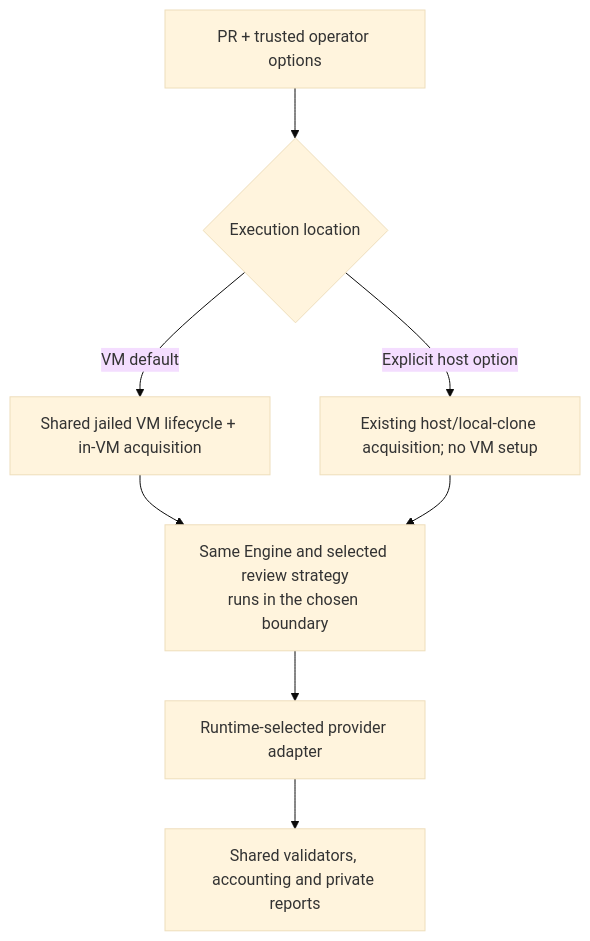
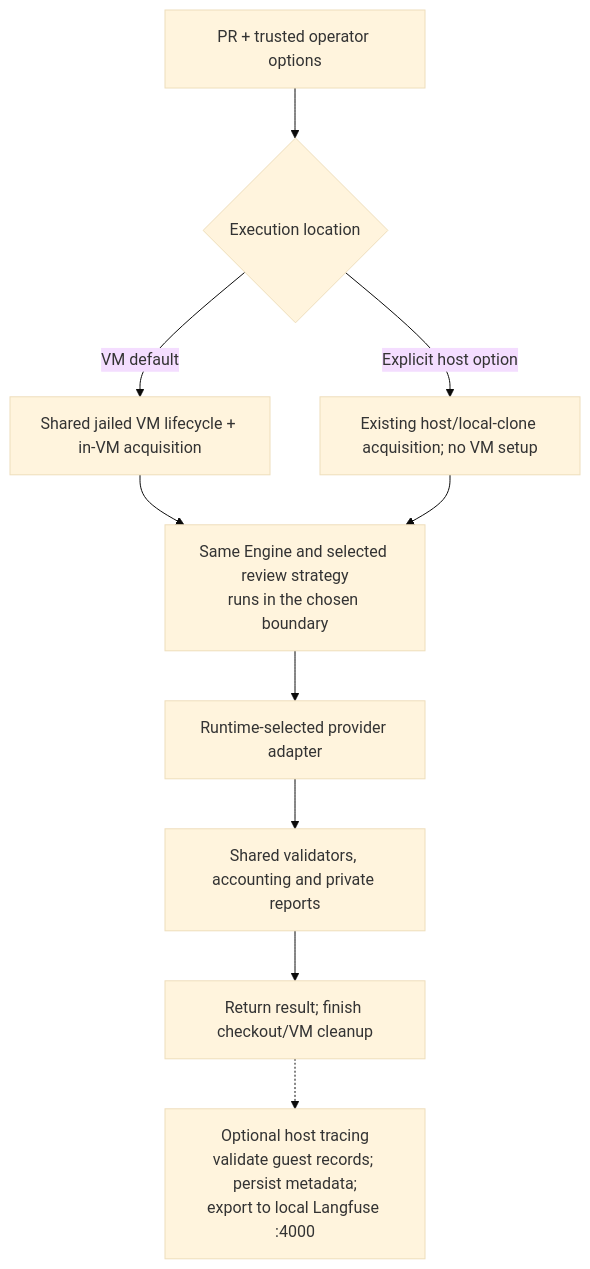
Before and after one commit to sskelkar/code-reviewer: the first of 4 diagrams in docs/architecture.md, drawn with Mermaid (base theme). The commit also changed other lines of this file and 40 other files, not shown here.

Commit message:
Add local Langfuse tracing and organize observability modules

````diff
--- a/docs/architecture.md
+++ b/docs/architecture.md
@@ -15,10 +36,12 @@
 ```mermaid
 flowchart TD
     REQUEST["PR + trusted operator options"] --> LOCATION{"Execution location"}
     LOCATION -->|"VM default"| VM["Shared jailed VM lifecycle + in-VM acquisition"]
     LOCATION -->|"Explicit host option"| HOST["Existing host/local-clone acquisition; no VM setup"]
     VM --> CORE["Same Engine and selected review strategy<br/>runs in the chosen boundary"]
     HOST --> CORE
     CORE --> ADAPTER["Runtime-selected provider adapter"]
     ADAPTER --> VALIDATE["Shared validators, accounting and private reports"]
+    VALIDATE --> RETURN["Return result; finish checkout/VM cleanup"]
+    RETURN -.-> TRACE["Optional host tracing<br/>validate guest records; persist metadata;<br/>export to local Langfuse :4000"]
 ```
````
